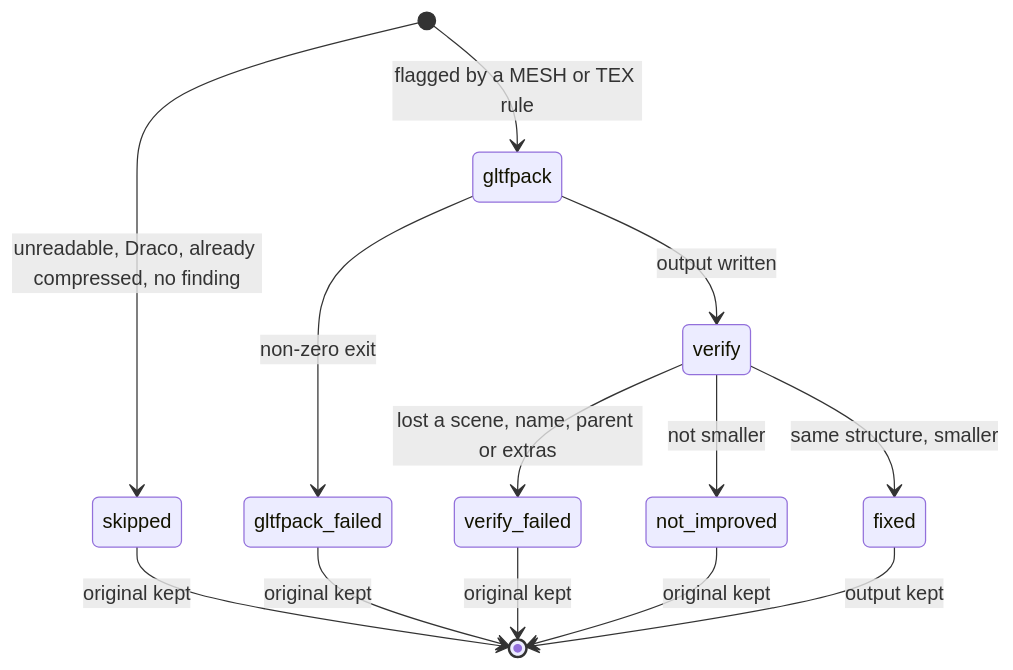
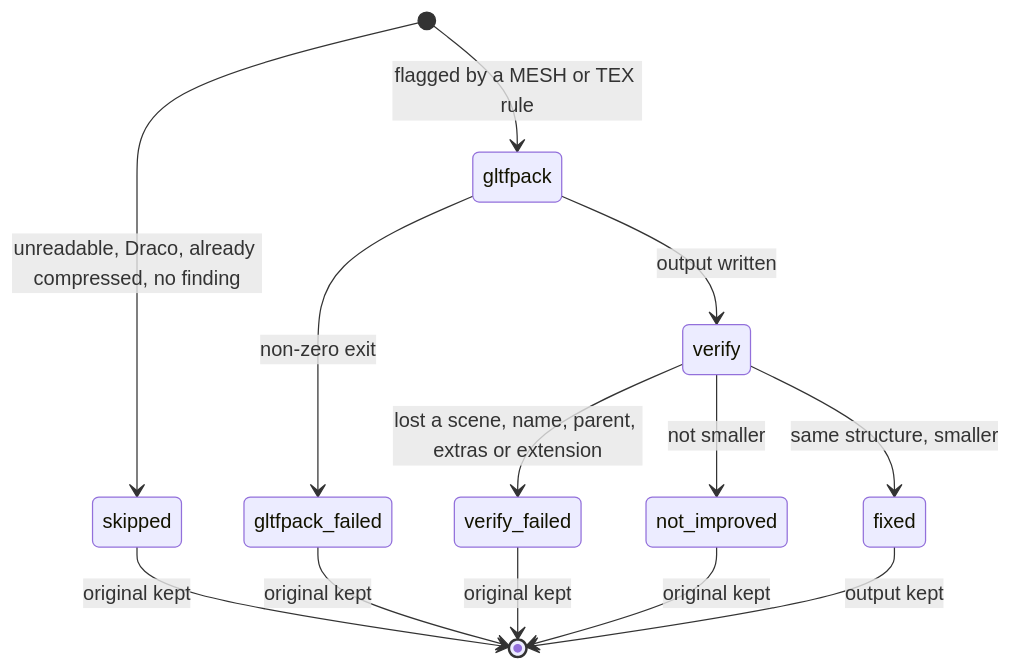
One commit to uniqtechteam/meshdiet changed the diagram in docs/diagrams/fix.mmd. Above: the diagram before and after it, drawn with Mermaid. The commit also changed 1 other file, not shown here.

Commit message:
Add the scan pipeline diagram
The fix diagram now also names a dropped extension as a reason to keep the
original, which the verify step has checked since the public repo scan.

```diff
--- a/docs/diagrams/fix.mmd
+++ b/docs/diagrams/fix.mmd
@@ -1,13 +1,13 @@
 stateDiagram-v2
     [*] --> skipped: unreadable, Draco, already compressed, no finding
     [*] --> gltfpack: flagged by a MESH or TEX rule
     gltfpack --> gltfpack_failed: non-zero exit
     gltfpack --> verify: output written
-    verify --> verify_failed: lost a scene, name, parent or extras
+    verify --> verify_failed: lost a scene, name, parent, extras or extension
     verify --> not_improved: not smaller
     verify --> fixed: same structure, smaller
     fixed --> [*]: output kept
     skipped --> [*]: original kept
     gltfpack_failed --> [*]: original kept
     verify_failed --> [*]: original kept
     not_improved --> [*]: original kept
```
